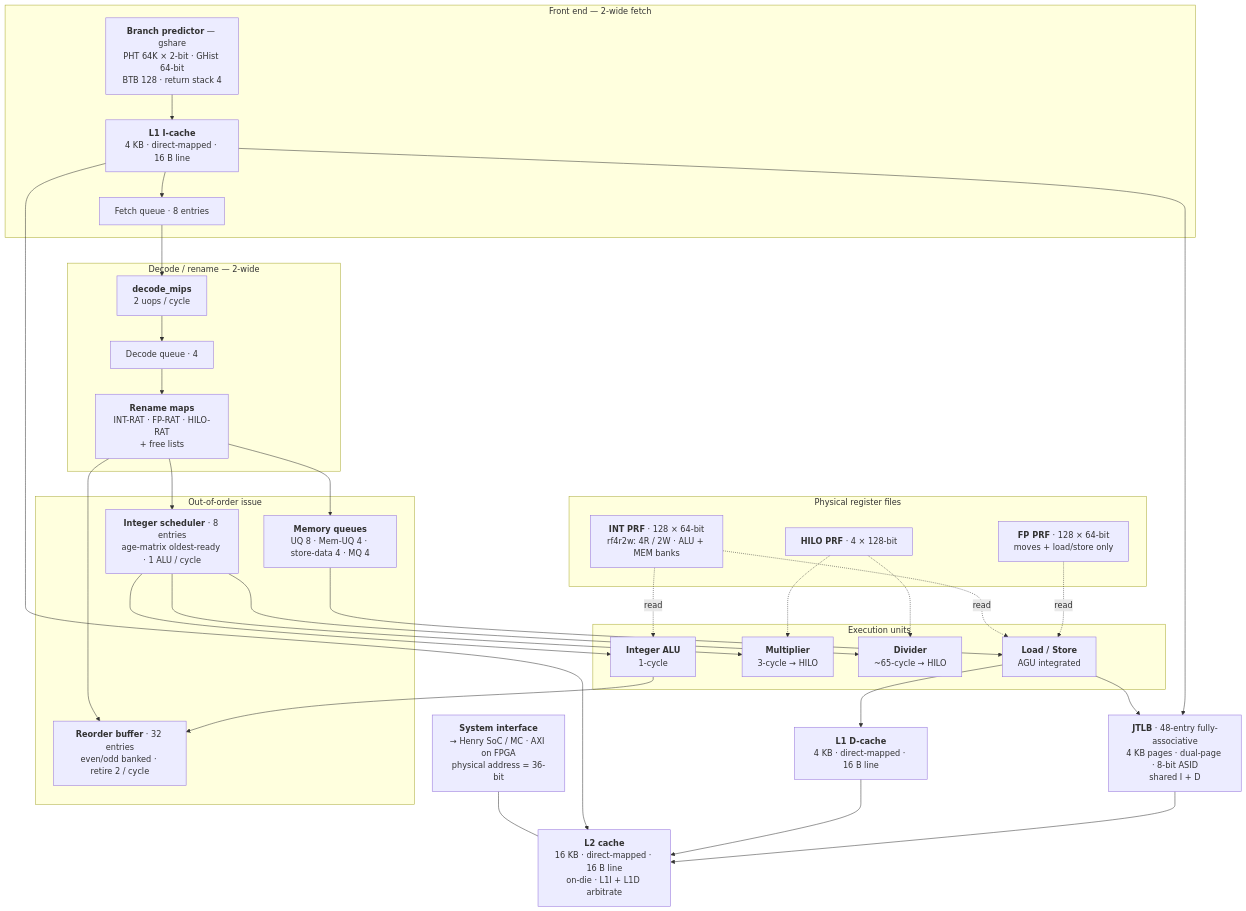
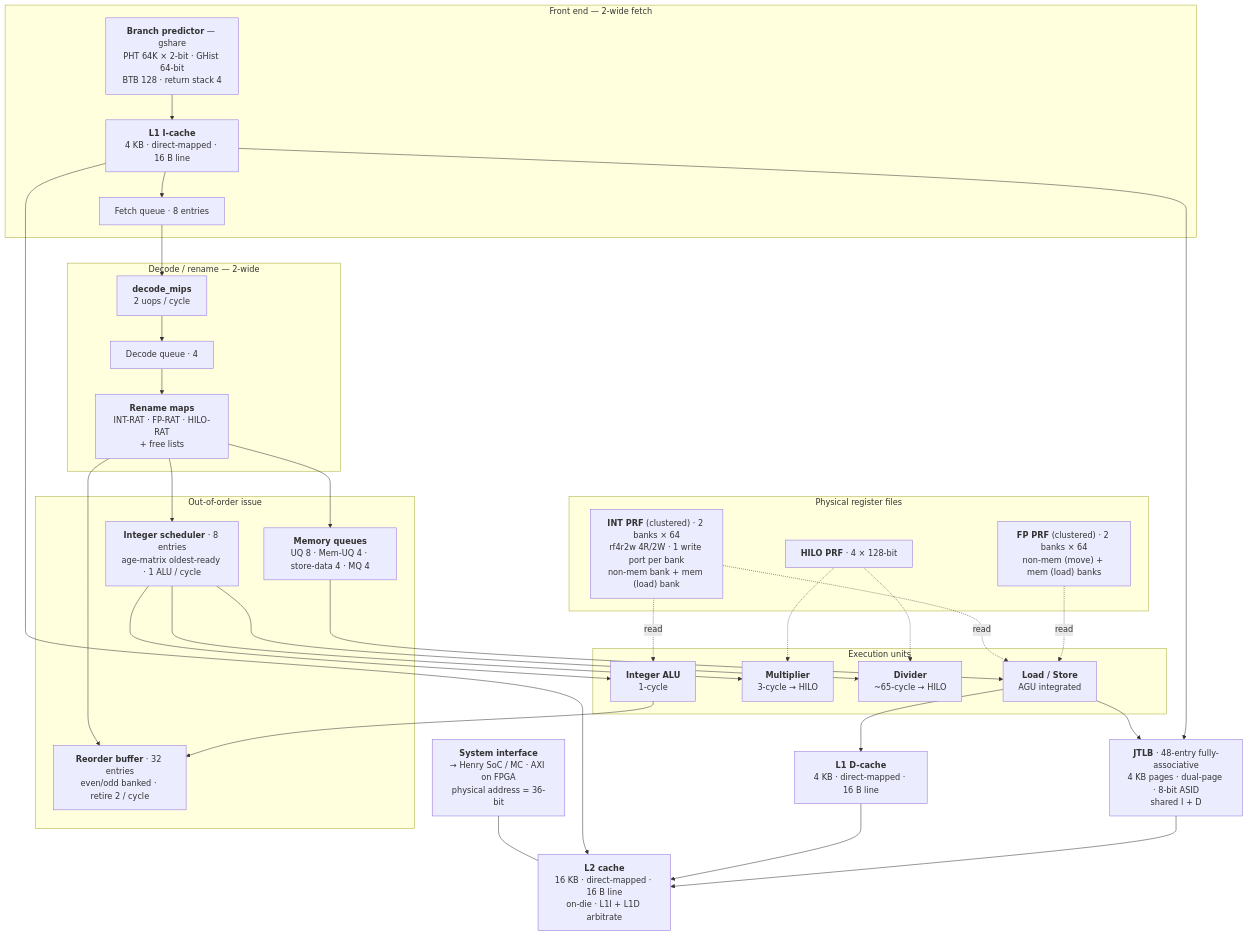
Before and after one commit to dsheffie/henry-the-wannabe-ip22-soc: the diagram in docs/r9999-microarchitecture.md, drawn with Mermaid. The commit also changed other lines of this file, not shown here.

First line of the commit message:
docs(r9999-microarch): clustered-RF correction + fix maizure/R10000 link

````diff
--- a/docs/r9999-microarchitecture.md
+++ b/docs/r9999-microarchitecture.md
@@ -9,63 +9,63 @@
 ```mermaid
 flowchart TD
     SYS["<b>System interface</b><br/>→ Henry SoC / MC · AXI on FPGA<br/>physical address = 36-bit"]
     L2["<b>L2 cache</b><br/>16 KB · direct-mapped · 16 B line<br/>on-die · L1I + L1D arbitrate"]
     SYS --- L2
 
     subgraph FE["Front end — 2-wide fetch"]
         BP["<b>Branch predictor</b> — gshare<br/>PHT 64K × 2-bit · GHist 64-bit<br/>BTB 128 · return stack 4"]
         L1I["<b>L1 I-cache</b><br/>4 KB · direct-mapped · 16 B line"]
         FQ["Fetch queue · 8 entries"]
         BP --> L1I --> FQ
     end
 
     subgraph REN["Decode / rename — 2-wide"]
         DEC["<b>decode_mips</b><br/>2 uops / cycle"]
         DQ["Decode queue · 4"]
         MAP["<b>Rename maps</b><br/>INT-RAT · FP-RAT · HILO-RAT<br/>+ free lists"]
         DEC --> DQ --> MAP
     end
 
     subgraph OOO["Out-of-order issue"]
         ROB["<b>Reorder buffer</b> · 32 entries<br/>even/odd banked · retire 2 / cycle"]
         ISCH["<b>Integer scheduler</b> · 8 entries<br/>age-matrix oldest-ready · 1 ALU / cycle"]
         MQS["<b>Memory queues</b><br/>UQ 8 · Mem-UQ 4 · store-data 4 · MQ 4"]
     end
 
     subgraph PRF["Physical register files"]
-        IPRF["<b>INT PRF</b> · 128 × 64-bit<br/>rf4r2w: 4R / 2W · ALU + MEM banks"]
-        FPRF["<b>FP PRF</b> · 128 × 64-bit<br/>moves + load/store only"]
+        IPRF["<b>INT PRF</b> (clustered) · 2 banks × 64<br/>rf4r2w 4R/2W · 1 write port per bank<br/>non-mem bank + mem (load) bank"]
+        FPRF["<b>FP PRF</b> (clustered) · 2 banks × 64<br/>non-mem (move) + mem (load) banks"]
         HILO["<b>HILO PRF</b> · 4 × 128-bit"]
     end
 
     subgraph EXU["Execution units"]
         ALU["<b>Integer ALU</b><br/>1-cycle"]
         MUL["<b>Multiplier</b><br/>3-cycle → HILO"]
         DIV["<b>Divider</b><br/>~65-cycle → HILO"]
         LSU["<b>Load / Store</b><br/>AGU integrated"]
     end
 
     TLB["<b>JTLB</b> · 48-entry fully-associative<br/>4 KB pages · dual-page · 8-bit ASID<br/>shared I + D"]
     L1D["<b>L1 D-cache</b><br/>4 KB · direct-mapped · 16 B line"]
 
     FQ --> DEC
     MAP --> ROB
     MAP --> ISCH
     MAP --> MQS
     ISCH --> ALU
     ISCH --> MUL
     ISCH --> DIV
     MQS --> LSU
     IPRF -.->|read| ALU
     IPRF -.->|read| LSU
     FPRF -.->|read| LSU
     HILO -.-> MUL
     HILO -.-> DIV
     ALU --> ROB
     LSU --> L1D
     LSU --> TLB
     L1I --> TLB
     L1I --> L2
     L1D --> L2
     TLB --> L2
 ```
````
